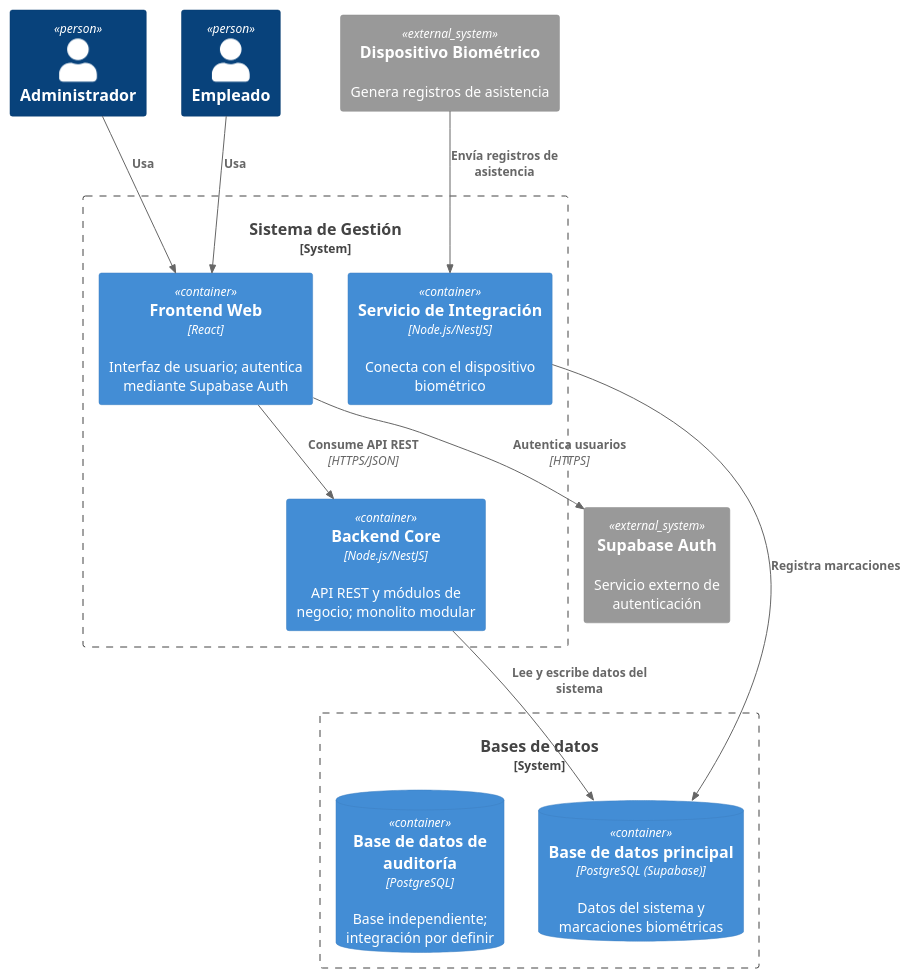
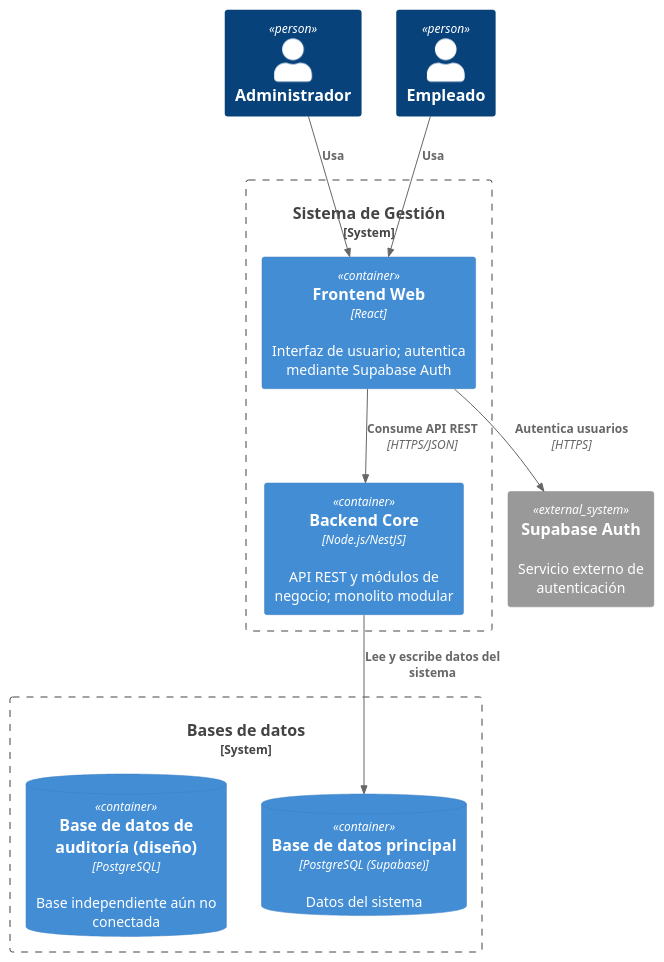
The diagram in docs/diagrams/source/containers.puml (sisgal-platform/sisgal-docs), drawn with PlantUML before and after one commit.

Commit message:
docs: simplify container diagram to implemented services

```diff
--- a/docs/diagrams/source/containers.puml
+++ b/docs/diagrams/source/containers.puml
@@ -1,29 +1,25 @@
 @startuml C4_Container
 !include https://raw.githubusercontent.com/plantuml-stdlib/C4-PlantUML/master/C4_Container.puml
 
 Person(admin, "Administrador")
 Person(employee, "Empleado")
 
 System_Boundary(system, "Sistema de Gestión") {
     Container(frontend, "Frontend Web", "React", "Interfaz de usuario; autentica mediante Supabase Auth")
     Container(backend, "Backend Core", "Node.js/NestJS", "API REST y módulos de negocio; monolito modular")
-    Container(integration, "Servicio de Integración", "Node.js/NestJS", "Conecta con el dispositivo biométrico")
 }
 
 System_Boundary(databases, "Bases de datos") {
-    ContainerDb(system_db, "Base de datos principal", "PostgreSQL (Supabase)", "Datos del sistema y marcaciones biométricas")
-    ContainerDb(audit_db, "Base de datos de auditoría", "PostgreSQL", "Base independiente; integración por definir")
+    ContainerDb(system_db, "Base de datos principal", "PostgreSQL (Supabase)", "Datos del sistema")
+    ContainerDb(audit_db, "Base de datos de auditoría (diseño)", "PostgreSQL", "Base independiente aún no conectada")
 }
 
-System_Ext(biometric, "Dispositivo Biométrico", "Genera registros de asistencia")
 System_Ext(supabase_auth, "Supabase Auth", "Servicio externo de autenticación")
 
 Rel(admin, frontend, "Usa")
 Rel(employee, frontend, "Usa")
 Rel(frontend, backend, "Consume API REST", "HTTPS/JSON")
 Rel(frontend, supabase_auth, "Autentica usuarios", "HTTPS")
 Rel(backend, system_db, "Lee y escribe datos del sistema")
-Rel(integration, system_db, "Registra marcaciones")
-Rel(biometric, integration, "Envía registros de asistencia")
 
 @enduml
```
